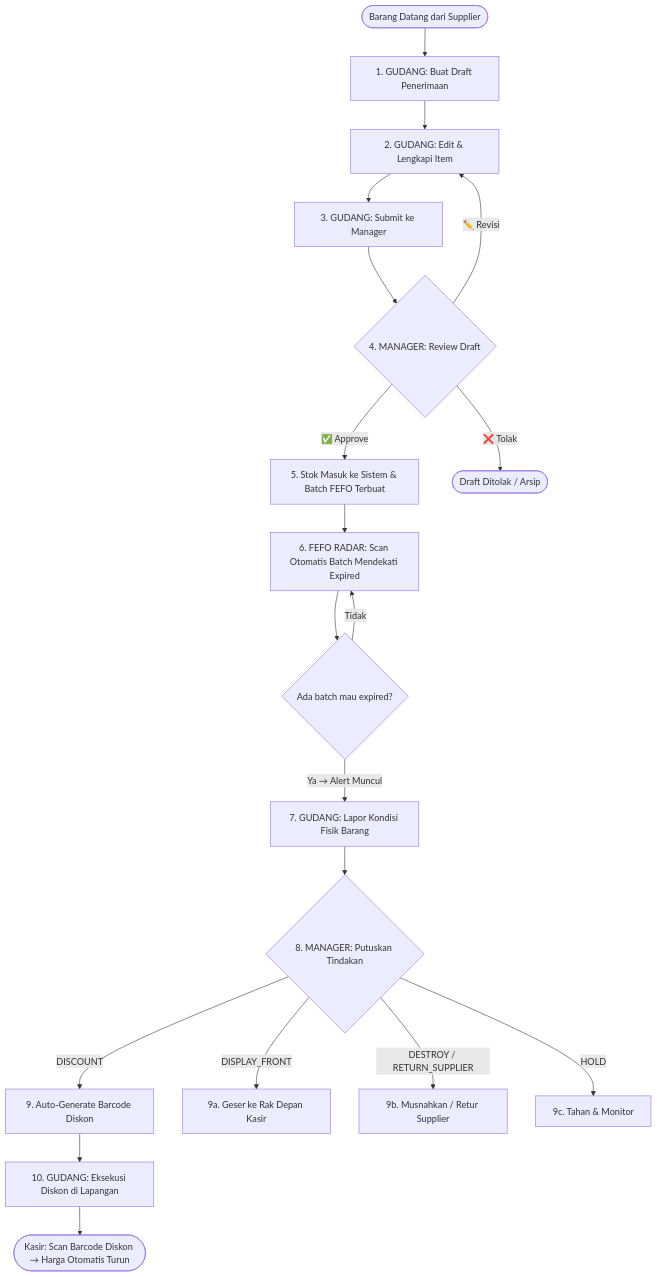
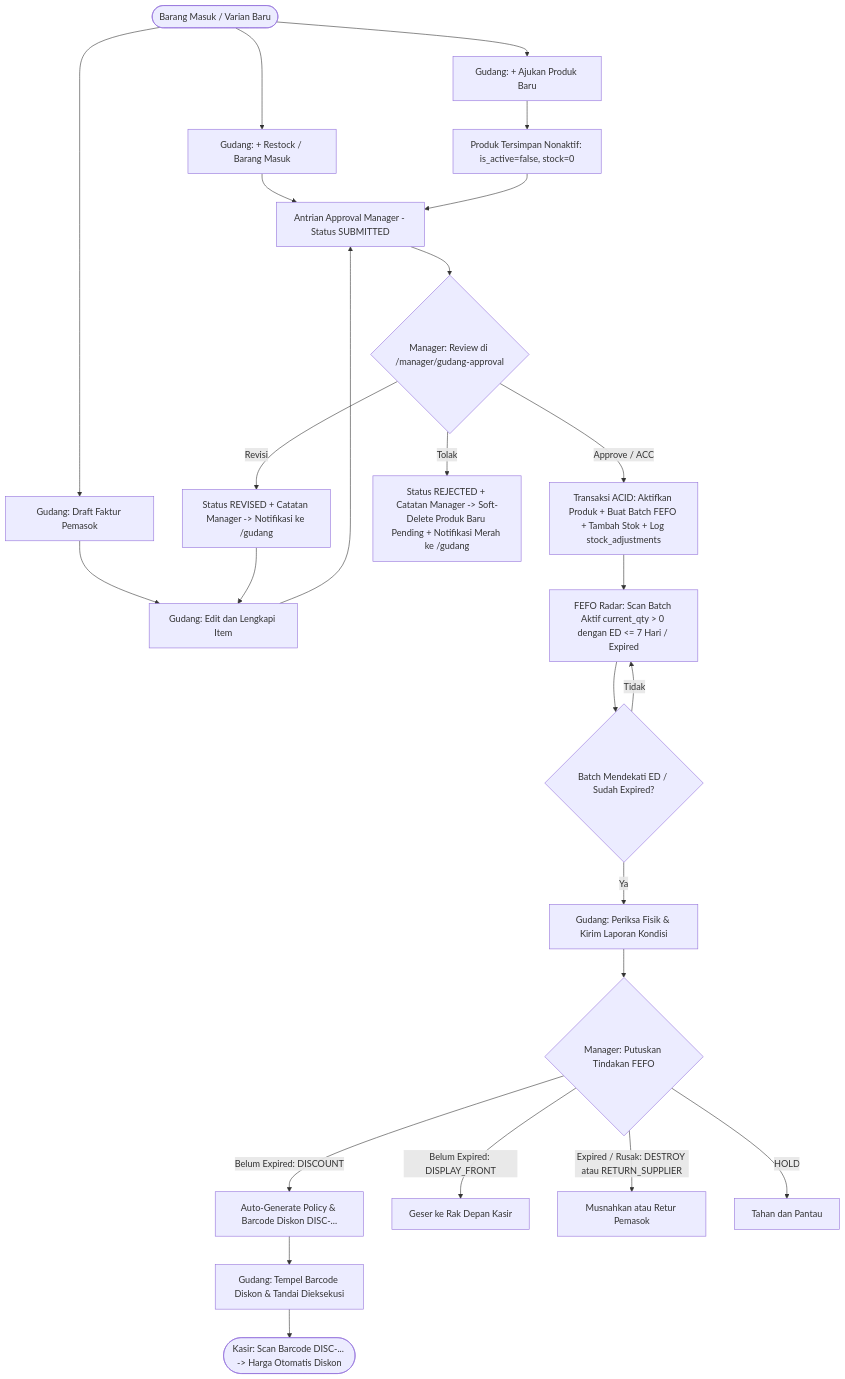
Before and after one commit to najmusyafa-ind/wiramart: the diagram in docs/Alur_Gudang_PRDv3.md, drawn with Mermaid. The commit also changed other lines of this file and 1 other file, not shown here.

Commit message:
docs(sop): update clean plain-text SOP and Gudang v3 flow to match production

````diff
--- a/docs/Alur_Gudang_PRDv3.md
+++ b/docs/Alur_Gudang_PRDv3.md
@@ -23,22 +21,30 @@
 ```mermaid
 flowchart TD
-    A([Barang Datang dari Supplier]) --> B[1. GUDANG: Buat Draft Penerimaan]
-    B --> C[2. GUDANG: Edit & Lengkapi Item]
-    C --> D[3. GUDANG: Submit ke Manager]
-    D --> E{4. MANAGER: Review Draft}
-    E -- ✅ Approve --> F[5. Stok Masuk ke Sistem & Batch FEFO Terbuat]
-    E -- ✏️ Revisi --> C
-    E -- ❌ Tolak --> G([Draft Ditolak / Arsip])
-    
-    F --> H[6. FEFO RADAR: Scan Otomatis Batch Mendekati Expired]
-    H --> I{Ada batch mau expired?}
+    A([Barang Masuk / Varian Baru]) --> B1[Gudang: + Restock / Barang Masuk]
+    A --> B2[Gudang: Draft Faktur Pemasok]
+    A --> B3[Gudang: + Ajukan Produk Baru]
+
+    B1 --> D[Antrian Approval Manager - Status SUBMITTED]
+    B2 --> C[Gudang: Edit dan Lengkapi Item]
+    C --> D
+    B3 --> P0[Produk Tersimpan Nonaktif: is_active=false, stock=0]
+    P0 --> D
+
+    D --> E{Manager: Review di /manager/gudang-approval}
+    E -- Approve / ACC --> F[Transaksi ACID: Aktifkan Produk + Buat Batch FEFO + Tambah Stok + Log stock_adjustments]
+    E -- Revisi --> R[Status REVISED + Catatan Manager -> Notifikasi ke /gudang]
+    R --> C
+    E -- Tolak --> G[Status REJECTED + Catatan Manager -> Soft-Delete Produk Baru Pending + Notifikasi Merah ke /gudang]
+
+    F --> H[FEFO Radar: Scan Batch Aktif current_qty > 0 dengan ED <= 7 Hari / Expired]
+    H --> I{Batch Mendekati ED / Sudah Expired?}
     I -- Tidak --> H
-    I -- Ya → Alert Muncul --> J[7. GUDANG: Lapor Kondisi Fisik Barang]
-    J --> K{8. MANAGER: Putuskan Tindakan}
-    K -- DISCOUNT --> L[9. Auto-Generate Barcode Diskon]
-    K -- DISPLAY_FRONT --> M1[9a. Geser ke Rak Depan Kasir]
-    K -- DESTROY / RETURN_SUPPLIER --> M[9b. Musnahkan / Retur Supplier]
-    K -- HOLD --> N[9c. Tahan & Monitor]
-    L --> O[10. GUDANG: Eksekusi Diskon di Lapangan]
-    O --> P([Kasir: Scan Barcode Diskon → Harga Otomatis Turun])
+    I -- Ya --> J[Gudang: Periksa Fisik & Kirim Laporan Kondisi]
+    J --> K{Manager: Putuskan Tindakan FEFO}
+    K -- Belum Expired: DISCOUNT --> L[Auto-Generate Policy & Barcode Diskon DISC-...]
+    K -- Belum Expired: DISPLAY_FRONT --> M1[Geser ke Rak Depan Kasir]
+    K -- Expired / Rusak: DESTROY atau RETURN_SUPPLIER --> M2[Musnahkan atau Retur Pemasok]
+    K -- HOLD --> N[Tahan dan Pantau]
+    L --> O[Gudang: Tempel Barcode Diskon & Tandai Dieksekusi]
+    O --> P([Kasir: Scan Barcode DISC-... -> Harga Otomatis Diskon])
 ```
````
